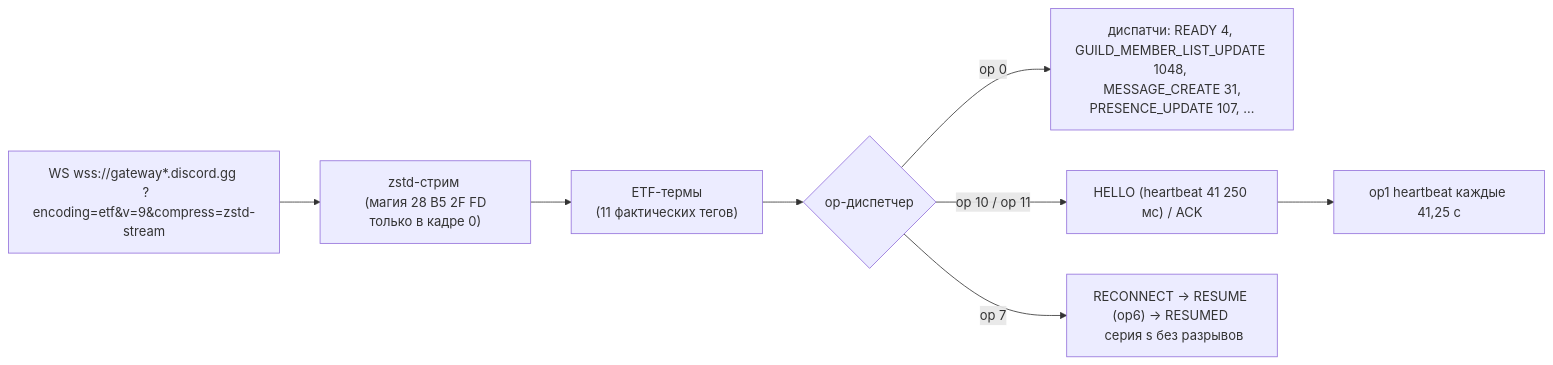
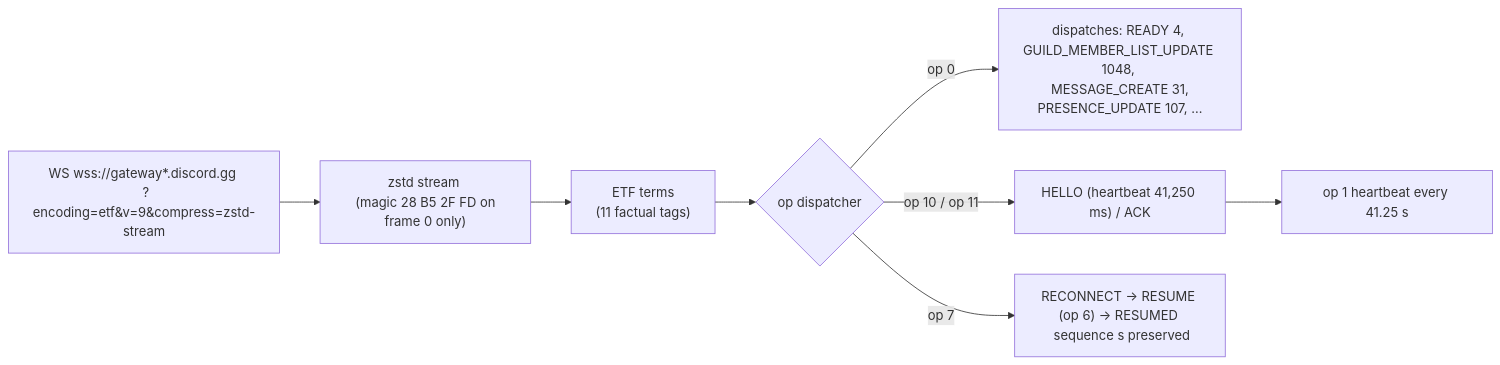
One commit to Userbash/chord changed the fourth of 6 diagrams in docs/re/architecture.md. Above: the diagram before and after it, drawn with Mermaid. The commit also changed other lines of this file and 2279 other files, not shown here.

````diff
--- a/docs/re/architecture.md
+++ b/docs/re/architecture.md
@@ -126,10 +108,10 @@
 ```mermaid
 flowchart LR
-  WS["WS wss://gateway*.discord.gg <br/> ?encoding=etf&v=9&compress=zstd-stream"] --> Z["zstd-стрим <br/> (магия 28 B5 2F FD только в кадре 0)"]
-  Z --> ETF["ETF-термы <br/> (11 фактических тегов)"]
-  ETF --> OP{"op-диспетчер"}
-  OP -->|"op 0"| D["диспатчи: READY 4, GUILD_MEMBER_LIST_UPDATE 1048, <br/> MESSAGE_CREATE 31, PRESENCE_UPDATE 107, …"]
-  OP -->|"op 10 / op 11"| H["HELLO (heartbeat 41 250 мс) / ACK"]
-  H --> HB["op1 heartbeat каждые 41,25 с"]
-  OP -->|"op 7"| RC["RECONNECT → RESUME (op6) → RESUMED <br/> серия s без разрывов"]
+  WS["WS wss://gateway*.discord.gg <br/> ?encoding=etf&v=9&compress=zstd-stream"] --> Z["zstd stream <br/> (magic 28 B5 2F FD on frame 0 only)"]
+  Z --> ETF["ETF terms <br/> (11 factual tags)"]
+  ETF --> OP{"op dispatcher"}
+  OP -->|"op 0"| D["dispatches: READY 4, GUILD_MEMBER_LIST_UPDATE 1048, <br/> MESSAGE_CREATE 31, PRESENCE_UPDATE 107, …"]
+  OP -->|"op 10 / op 11"| H["HELLO (heartbeat 41,250 ms) / ACK"]
+  H --> HB["op 1 heartbeat every 41.25 s"]
+  OP -->|"op 7"| RC["RECONNECT → RESUME (op 6) → RESUMED <br/> sequence s preserved"]
 ```
````
